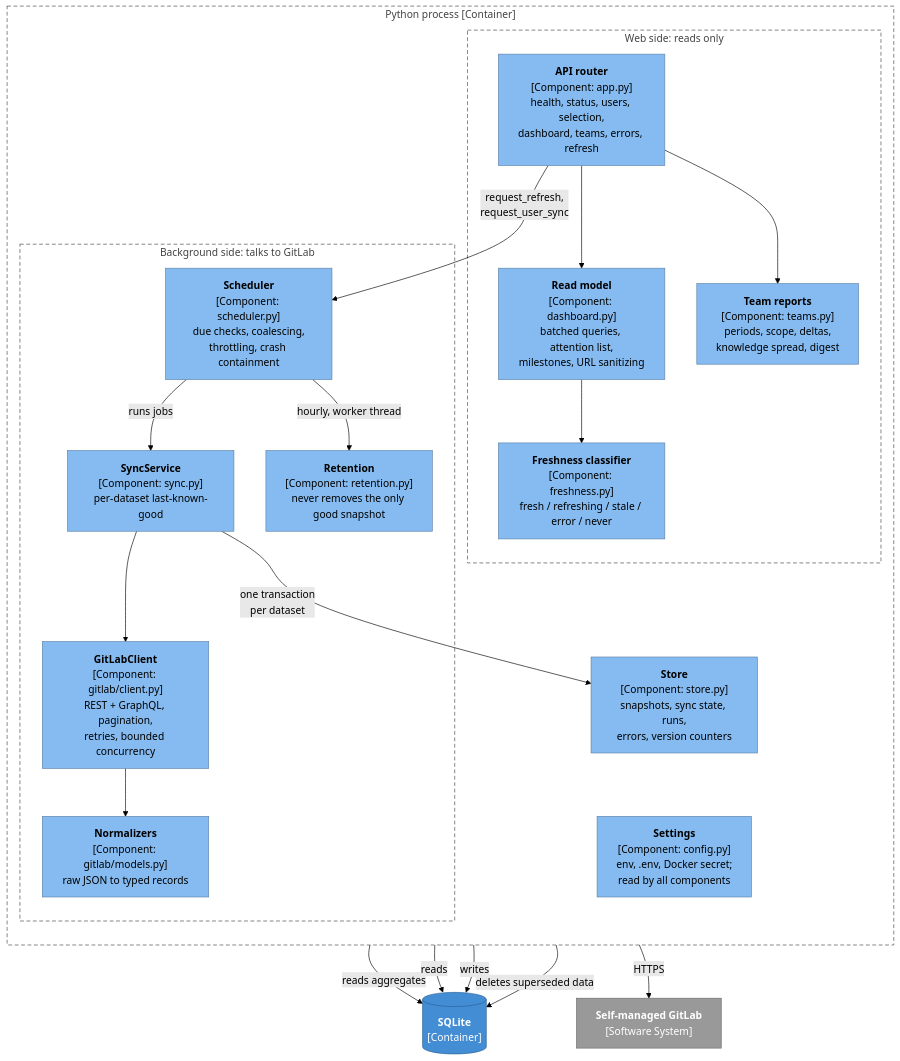
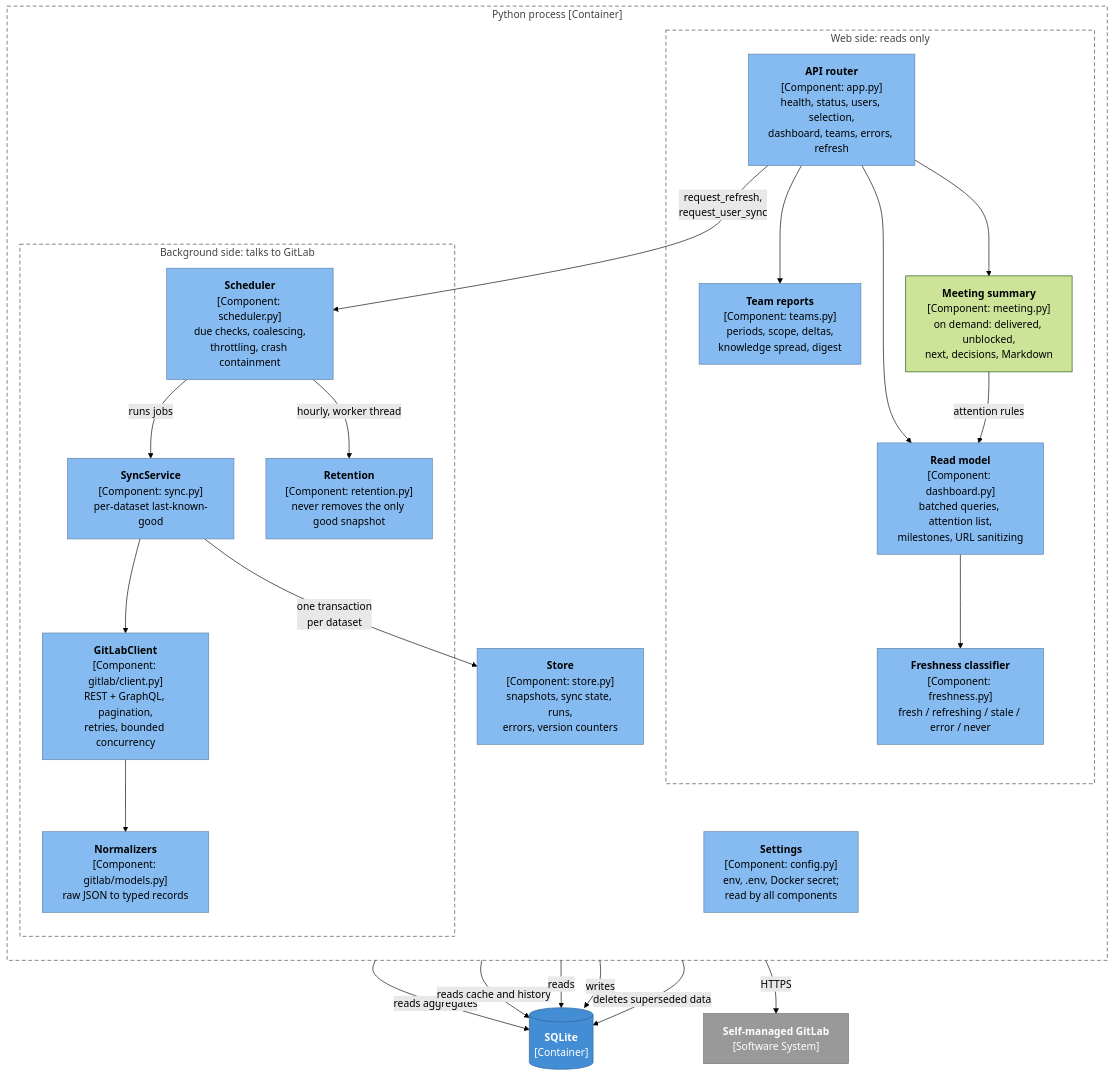
Before and after one commit to marcelpetrick/GitLabTeamPulse: the third of 7 diagrams in docs/ARCHITECTURE.md, drawn with Mermaid (forest theme). The commit also changed 24 other files, not shown here.

First line of the commit message:
feat(meeting): on-demand meeting summary of the real outcome per person

````diff
--- a/docs/ARCHITECTURE.md
+++ b/docs/ARCHITECTURE.md
@@ -108,48 +108,52 @@
 ```mermaid
 flowchart TB
     subgraph proc["Python process [Container]"]
         direction TB
         subgraph web["Web side: reads only"]
             routes["<b>API router</b><br/>[Component: app.py]<br/>health, status, users, selection,<br/>dashboard, teams, errors, refresh"]
             reader["<b>Read model</b><br/>[Component: dashboard.py]<br/>batched queries, attention list,<br/>milestones, URL sanitizing"]
             teams["<b>Team reports</b><br/>[Component: teams.py]<br/>periods, scope, deltas,<br/>knowledge spread, digest"]
+            meet["<b>Meeting summary</b><br/>[Component: meeting.py]<br/>on demand: delivered, unblocked,<br/>next, decisions, Markdown"]
             fresh["<b>Freshness classifier</b><br/>[Component: freshness.py]<br/>fresh / refreshing / stale / error / never"]
         end
         subgraph bg["Background side: talks to GitLab"]
             sched["<b>Scheduler</b><br/>[Component: scheduler.py]<br/>due checks, coalescing,<br/>throttling, crash containment"]
             sync["<b>SyncService</b><br/>[Component: sync.py]<br/>per-dataset last-known-good"]
             ret["<b>Retention</b><br/>[Component: retention.py]<br/>never removes the only good snapshot"]
             client["<b>GitLabClient</b><br/>[Component: gitlab/client.py]<br/>REST + GraphQL, pagination,<br/>retries, bounded concurrency"]
             norm["<b>Normalizers</b><br/>[Component: gitlab/models.py]<br/>raw JSON to typed records"]
         end
         store["<b>Store</b><br/>[Component: store.py]<br/>snapshots, sync state, runs,<br/>errors, version counters"]
         config["<b>Settings</b><br/>[Component: config.py]<br/>env, .env, Docker secret;<br/>read by all components"]
     end
 
     db[("<b>SQLite</b><br/>[Container]")]
     gitlab["<b>Self-managed GitLab</b><br/>[Software System]"]
 
     routes --> reader
     routes --> teams
     teams -->|reads aggregates| db
+    routes --> meet
+    meet -->|"attention rules"| reader
+    meet -->|reads cache and history| db
     reader --> fresh
     routes -->|"request_refresh,<br/>request_user_sync"| sched
     sched -->|runs jobs| sync
     sched -->|"hourly, worker thread"| ret
     sync --> client
     client --> norm
     client -->|HTTPS| gitlab
     sync -->|"one transaction<br/>per dataset"| store
     reader -->|reads| db
     store -->|writes| db
     ret -->|deletes superseded data| db
 
     classDef component fill:#85bbf0,stroke:#5d82a8,color:#000
     classDef database fill:#438dd5,stroke:#2e6295,color:#fff
     classDef external fill:#999999,stroke:#6b6b6b,color:#fff
     classDef boundary fill:none,stroke:#444,stroke-dasharray:6 4,color:#444
     class routes,reader,teams,fresh,sched,sync,ret,client,norm,store,config component
     class db database
     class gitlab external
     class proc,web,bg boundary
 ```
````
